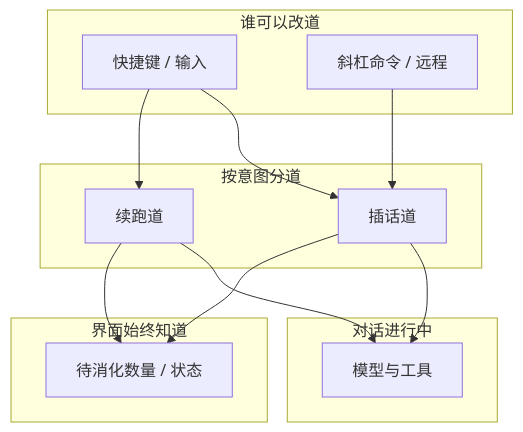
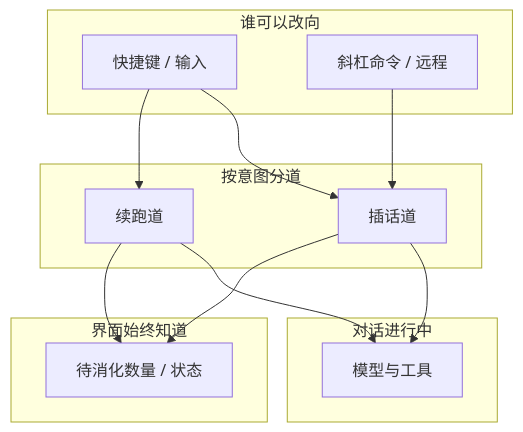
One commit to StrayDragon/xylitol changed the diagram in docs/architecture/插话续跑与中止.md. Above: the diagram before and after it, drawn with Mermaid. The commit also changed other lines of this file and 44 other files, not shown here.

````diff
--- a/docs/architecture/插话续跑与中止.md
+++ b/docs/architecture/插话续跑与中止.md
@@ -32,28 +32,28 @@
 ```mermaid
 flowchart TB
-  subgraph Sources["谁可以改道"]
+  subgraph Sources["谁可以改向"]
     Key["快捷键 / 输入"]
     Cmd["斜杠命令 / 远程"]
   end
 
   subgraph Lanes["按意图分道"]
     Steer["插话道"]
     Follow["续跑道"]
   end
 
   subgraph Loop["对话进行中"]
     Work["模型与工具"]
   end
 
   subgraph UX["界面始终知道"]
     Badge["待消化数量 / 状态"]
   end
 
   Key --> Steer
   Key --> Follow
   Cmd --> Steer
   Steer --> Work
   Follow --> Work
   Steer --> Badge
   Follow --> Badge
 ```
````
